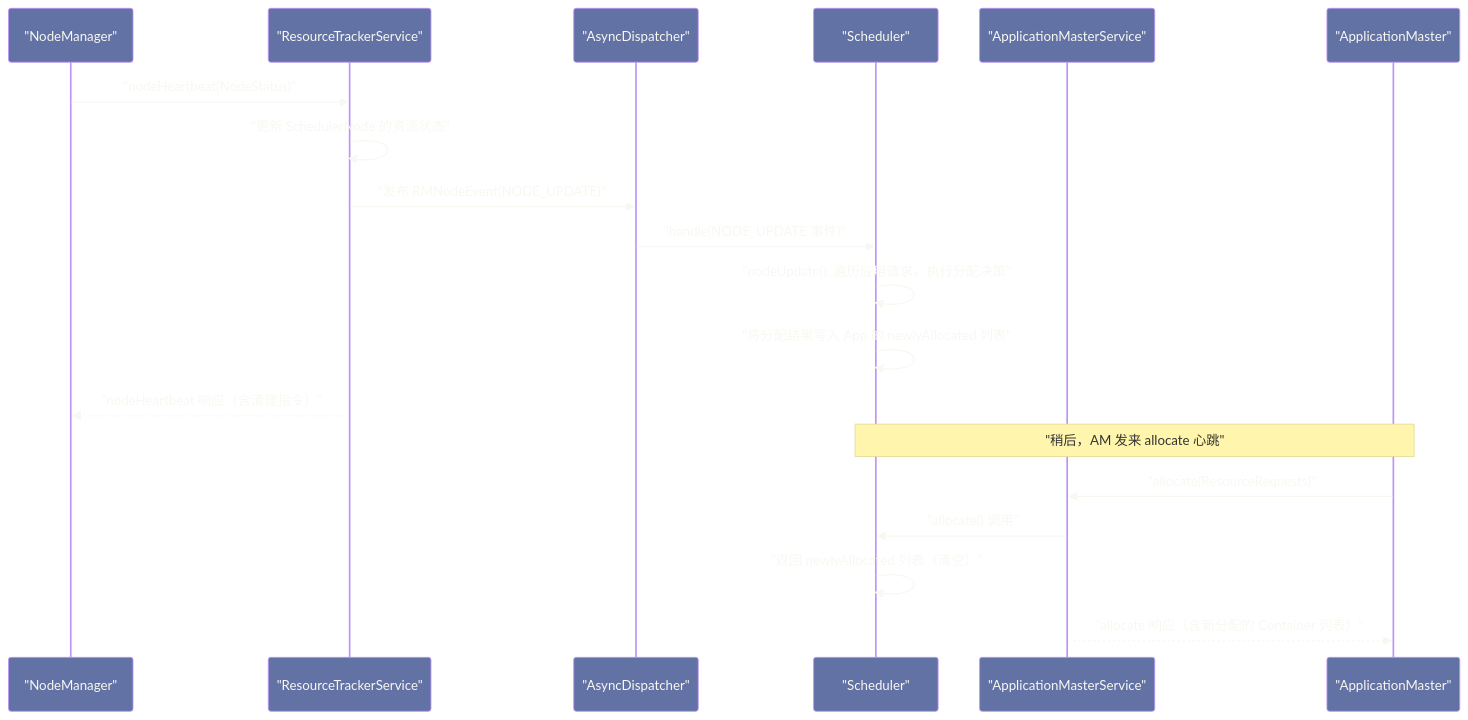
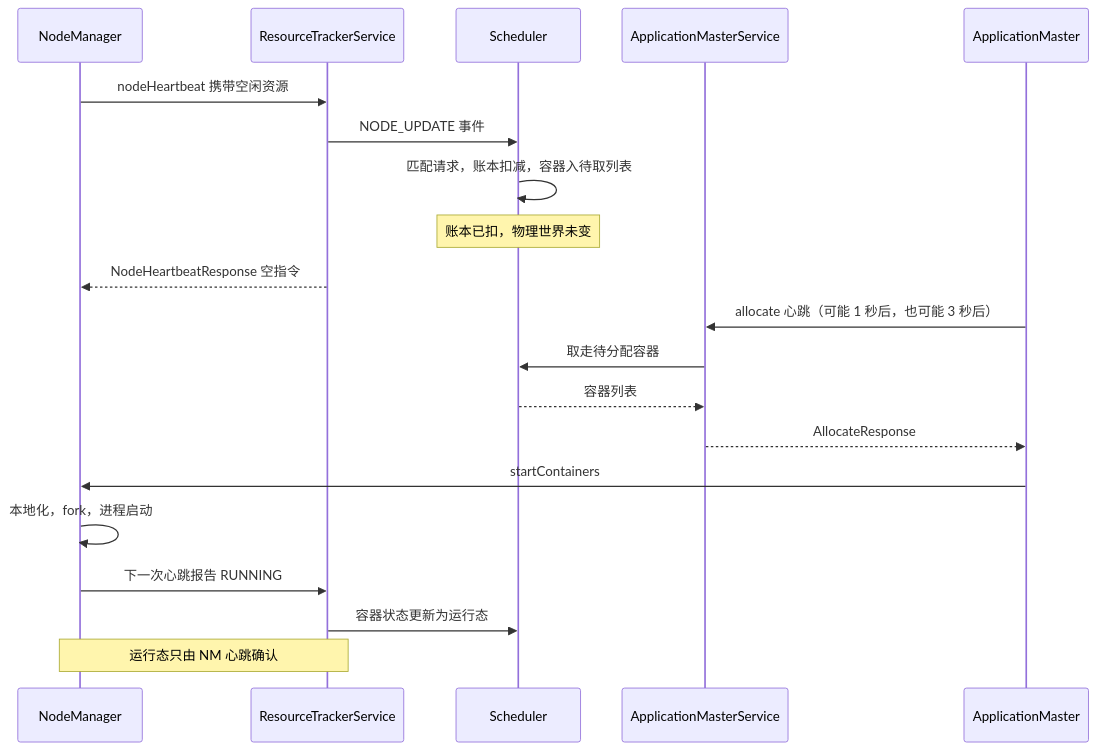
Before and after one commit to hpliStartAgain/my-brain: the third of 5 diagrams in content/大数据/Hadoop/Yarn/03 ResourceManager 深度解析——调度器内核与资源抽象模型.md, drawn with Mermaid. The commit also changed other lines of this file and 455 other files, not shown here.

````diff
--- a/content/大数据/Hadoop/Yarn/03 ResourceManager 深度解析——调度器内核与资源抽象模型.md
+++ b/content/大数据/Hadoop/Yarn/03 ResourceManager 深度解析——调度器内核与资源抽象模型.md
@@ -101,24 +260,24 @@
 ```mermaid
-%%{init: {'theme': 'base', 'themeVariables': {'primaryColor': '#6272a4', 'primaryTextColor': '#f8f8f2', 'primaryBorderColor': '#bd93f9', 'lineColor': '#ff79c6', 'secondaryColor': '#44475a', 'tertiaryColor': '#282a36'}}}%%
+%%{init: {'theme': 'dracula'}}%%
 sequenceDiagram
-    participant NM as "NodeManager"
-    participant RTS as "ResourceTrackerService"
-    participant AD as "AsyncDispatcher"
-    participant Sched as "Scheduler"
-    participant AMS as "ApplicationMasterService"
-    participant AM as "ApplicationMaster"
+    participant NM as NodeManager
+    participant RTS as ResourceTrackerService
+    participant SCH as Scheduler
+    participant AMS as ApplicationMasterService
+    participant AM as ApplicationMaster
 
-    NM->>RTS: "nodeHeartbeat(NodeStatus)"
-    RTS->>RTS: "更新 SchedulerNode 的资源状态"
-    RTS->>AD: "发布 RMNodeEvent(NODE_UPDATE)"
-    AD->>Sched: "handle(NODE_UPDATE 事件)"
-    Sched->>Sched: "nodeUpdate(): 遍历应用请求，执行分配决策"
-    Sched->>Sched: "将分配结果写入 App 的 newlyAllocated 列表"
-    RTS-->>NM: "nodeHeartbeat 响应（含清理指令）"
-
-    Note over AM,Sched: "稍后，AM 发来 allocate 心跳"
-    AM->>AMS: "allocate(ResourceRequests)"
-    AMS->>Sched: "allocate() 调用"
-    Sched->>Sched: "返回 newlyAllocated 列表（清空）"
-    AMS-->>AM: "allocate 响应（含新分配的 Container 列表）"
+    NM->>RTS: nodeHeartbeat 携带空闲资源
+    RTS->>SCH: NODE_UPDATE 事件
+    SCH->>SCH: 匹配请求，账本扣减，容器入待取列表
+    Note over SCH: 账本已扣，物理世界未变
+    RTS-->>NM: NodeHeartbeatResponse 空指令
+    AM->>AMS: allocate 心跳（可能 1 秒后，也可能 3 秒后）
+    AMS->>SCH: 取走待分配容器
+    SCH-->>AMS: 容器列表
+    AMS-->>AM: AllocateResponse
+    AM->>NM: startContainers
+    NM->>NM: 本地化，fork，进程启动
+    NM->>RTS: 下一次心跳报告 RUNNING
+    RTS->>SCH: 容器状态更新为运行态
+    Note over NM,RTS: 运行态只由 NM 心跳确认
 ```
````
